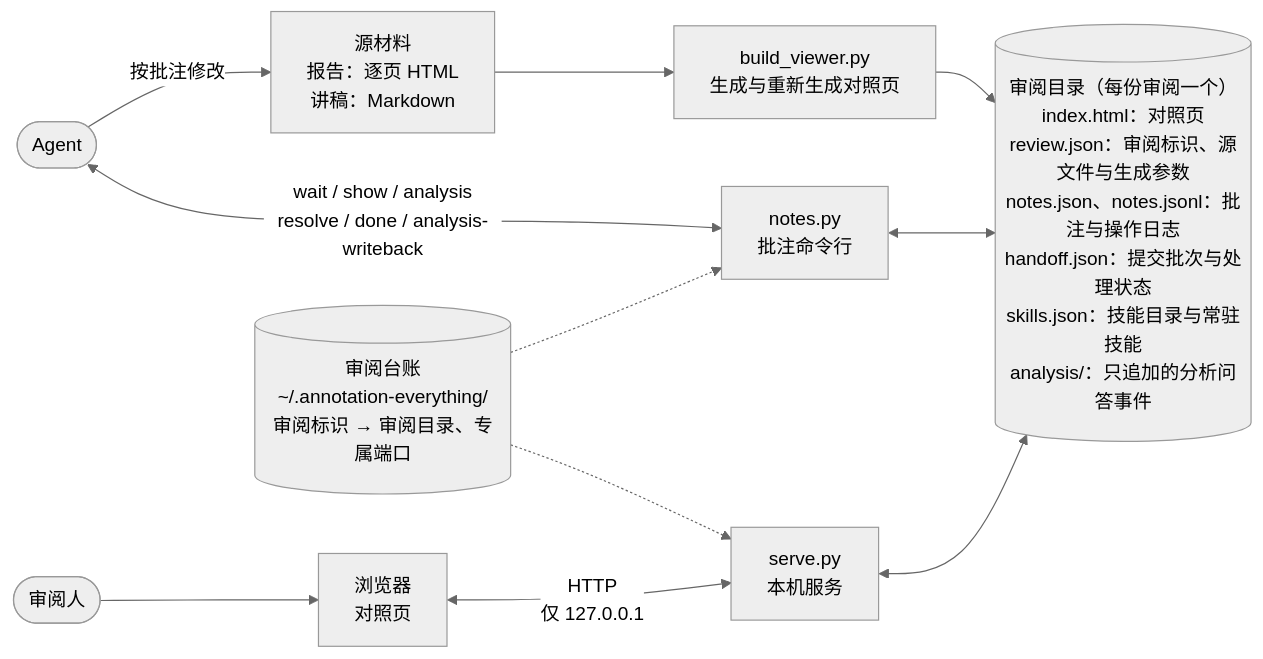
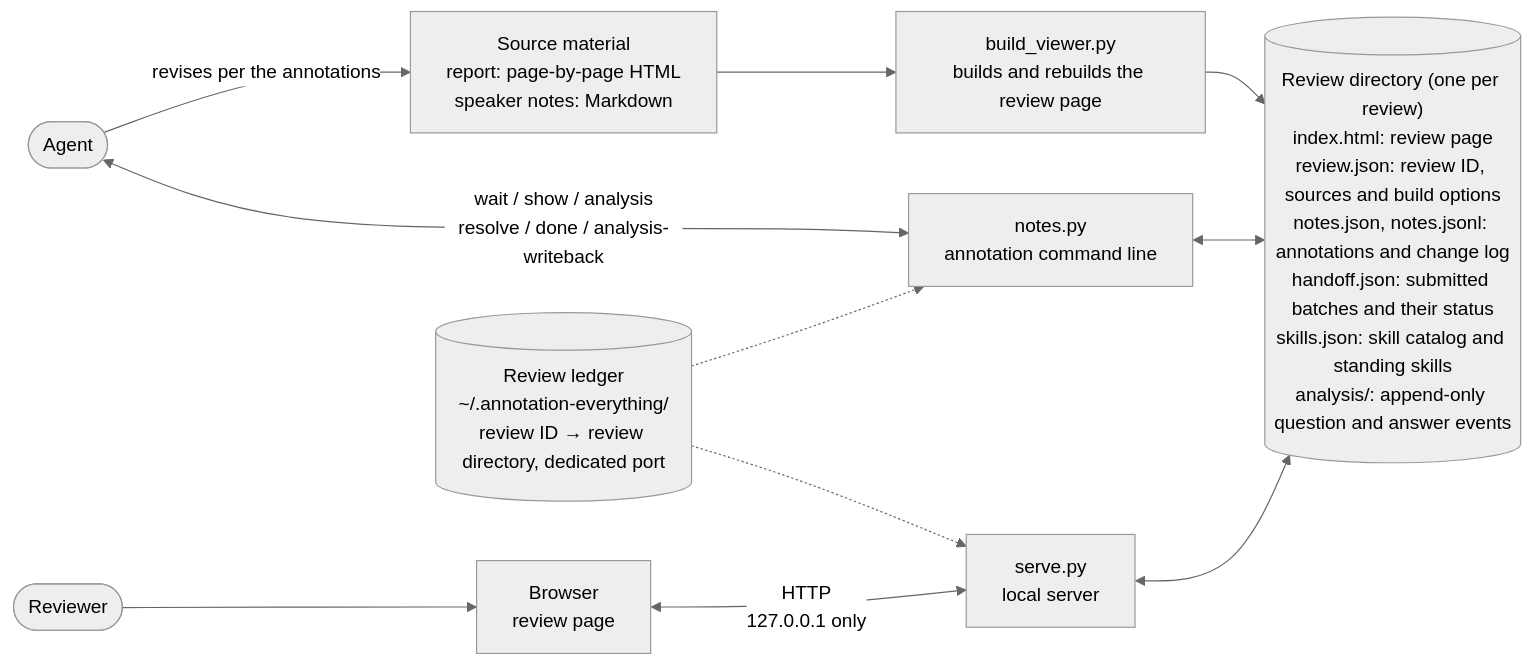
The first of 4 diagrams in README.md (hezhongtang/annotation-everything), drawn with Mermaid (neutral theme) before and after one commit. The commit also changed other lines of this file and 12 other files, not shown here.

````diff
--- a/README.md
+++ b/README.md
@@ -328,12 +328,12 @@
 ```mermaid
 flowchart LR
-    U(["审阅人"]) --> B["浏览器<br>对照页"]
-    B <-->|"HTTP<br>仅 127.0.0.1"| SV["serve.py<br>本机服务"]
-    SV <--> DIR[("审阅目录（每份审阅一个）<br>index.html：对照页<br>review.json：审阅标识、源文件与生成参数<br>notes.json、notes.jsonl：批注与操作日志<br>handoff.json：提交批次与处理状态<br>skills.json：技能目录与常驻技能<br>analysis/：只追加的分析问答事件")]
-    NP["notes.py<br>批注命令行"] <--> DIR
+    U(["Reviewer"]) --> B["Browser<br>review page"]
+    B <-->|"HTTP<br>127.0.0.1 only"| SV["serve.py<br>local server"]
+    SV <--> DIR[("Review directory (one per review)<br>index.html: review page<br>review.json: review ID, sources and build options<br>notes.json, notes.jsonl: annotations and change log<br>handoff.json: submitted batches and their status<br>skills.json: skill catalog and standing skills<br>analysis/: append-only question and answer events")]
+    NP["notes.py<br>annotation command line"] <--> DIR
     A(["Agent"]) <-->|"wait / show / analysis<br>resolve / done / analysis-writeback"| NP
-    A -->|"按批注修改"| SRC["源材料<br>报告：逐页 HTML<br>讲稿：Markdown"]
-    SRC --> BV["build_viewer.py<br>生成与重新生成对照页"] --> DIR
-    L[("审阅台账<br>~/.annotation-everything/<br>审阅标识 → 审阅目录、专属端口")] -.-> SV
+    A -->|"revises per the annotations"| SRC["Source material<br>report: page-by-page HTML<br>speaker notes: Markdown"]
+    SRC --> BV["build_viewer.py<br>builds and rebuilds the review page"] --> DIR
+    L[("Review ledger<br>~/.annotation-everything/<br>review ID → review directory, dedicated port")] -.-> SV
     L -.-> NP
 ```
````
